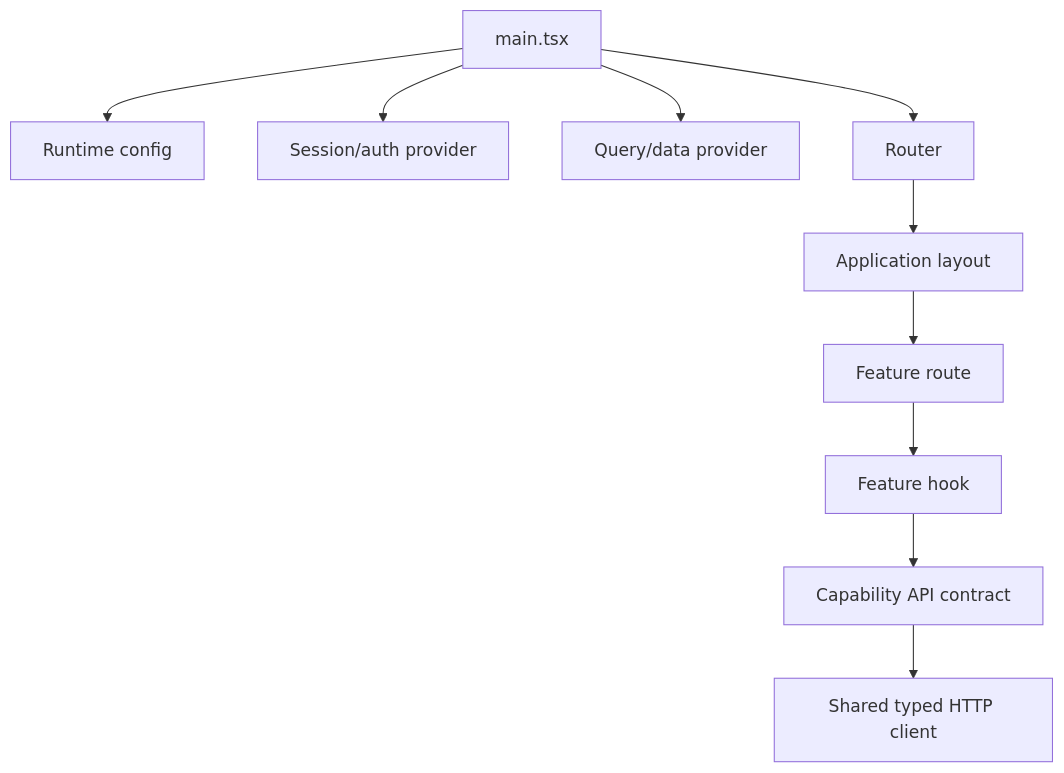
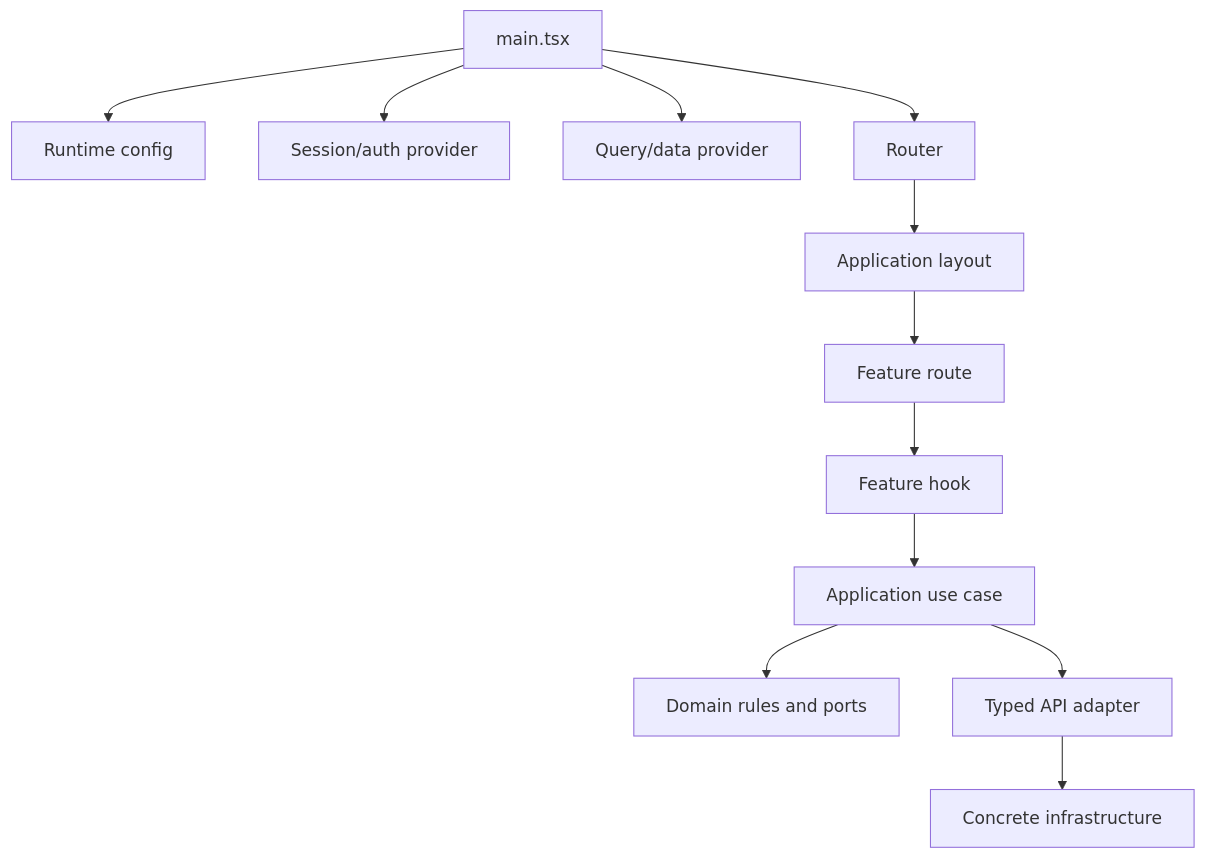
One commit to migangdelzar/emme-web changed the diagram in docs/architecture/02-frontend/app.md. Above: the diagram before and after it, drawn with Mermaid. The commit also changed other lines of this file and 28 other files, not shown here.

Commit message:
docs(architecture): finalize hexagonal library migration

````diff
--- a/docs/architecture/02-frontend/app.md
+++ b/docs/architecture/02-frontend/app.md
@@ -23,12 +23,14 @@
 ```mermaid
 flowchart TB
     MAIN[main.tsx] --> CONFIG[Runtime config]
     MAIN --> SESSION[Session/auth provider]
     MAIN --> DATA[Query/data provider]
     MAIN --> ROUTER[Router]
     ROUTER --> LAYOUT[Application layout]
     LAYOUT --> FEATURE[Feature route]
     FEATURE --> HOOK[Feature hook]
-    HOOK --> CONTRACT[Capability API contract]
-    CONTRACT --> CLIENT[Shared typed HTTP client]
+    HOOK --> APPLICATION[Application use case]
+    APPLICATION --> DOMAIN[Domain rules and ports]
+    APPLICATION --> API[Typed API adapter]
+    API --> INFRA[Concrete infrastructure]
 ```
````
